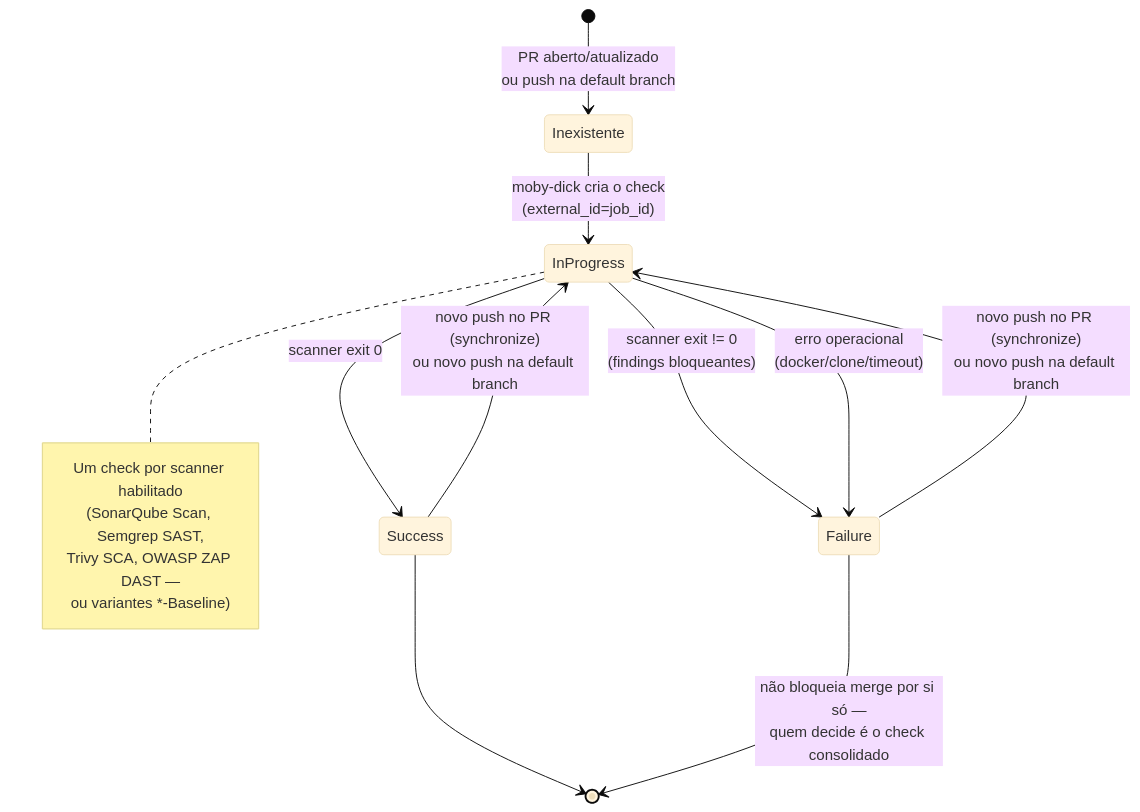
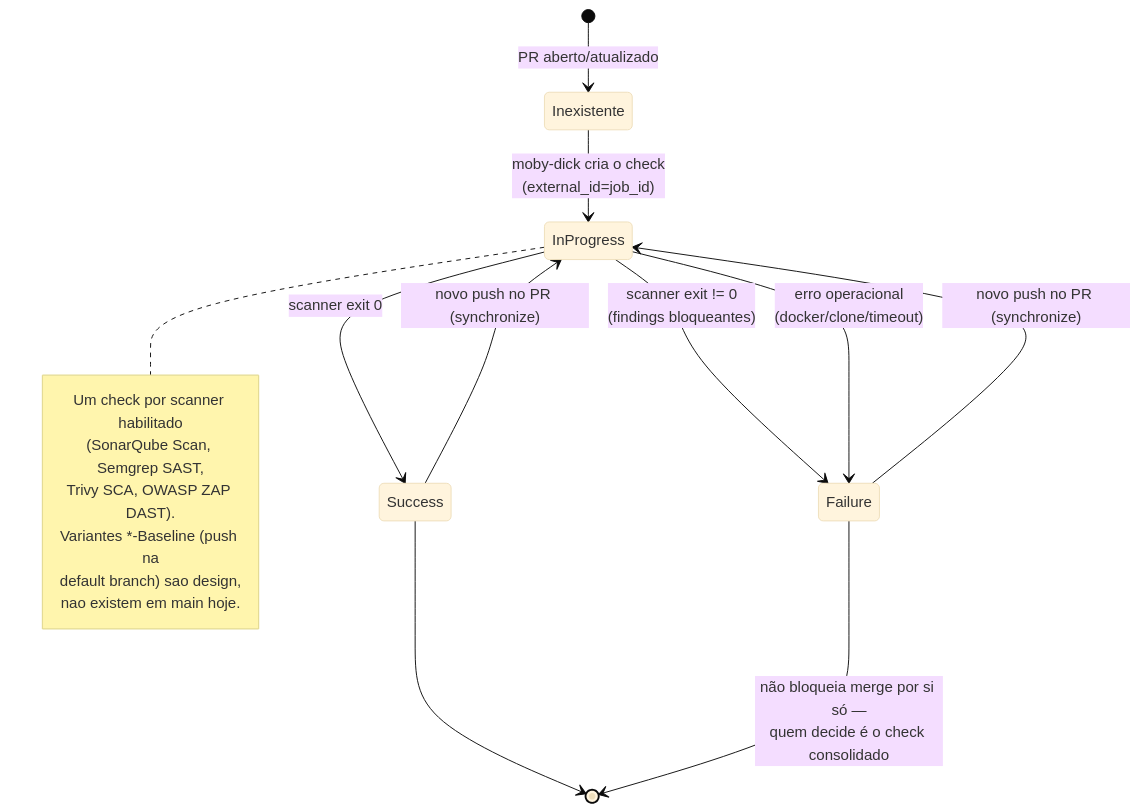
One commit to OdinEye-FIAP/aspm-docs changed the third of 5 diagrams in docs/integration/check-run.md. Above: the diagram before and after it, drawn with Mermaid (base theme). The commit also changed other lines of this file and 1 other file, not shown here.

Commit message:
docs: corrigir check-run.md e onboarding-repo.md — Security Baseline nao esta em main

````diff
--- a/docs/integration/check-run.md
+++ b/docs/integration/check-run.md
@@ -196,22 +199,24 @@
 ```mermaid
 stateDiagram-v2
-    [*] --> Inexistente: PR aberto/atualizado<br/>ou push na default branch
+    [*] --> Inexistente: PR aberto/atualizado
 
     Inexistente --> InProgress: moby-dick cria o check<br/>(external_id=job_id)
     note right of InProgress
         Um check por scanner habilitado
         (SonarQube Scan, Semgrep SAST,
-        Trivy SCA, OWASP ZAP DAST —
-        ou variantes *-Baseline)
+        Trivy SCA, OWASP ZAP DAST).
+        Variantes *-Baseline (push na
+        default branch) sao design,
+        nao existem em main hoje.
     end note
 
     InProgress --> Success: scanner exit 0
     InProgress --> Failure: scanner exit != 0<br/>(findings bloqueantes)
     InProgress --> Failure: erro operacional<br/>(docker/clone/timeout)
 
-    Success --> InProgress: novo push no PR (synchronize)<br/>ou novo push na default branch
-    Failure --> InProgress: novo push no PR (synchronize)<br/>ou novo push na default branch
+    Success --> InProgress: novo push no PR (synchronize)
+    Failure --> InProgress: novo push no PR (synchronize)
 
     Success --> [*]
     Failure --> [*]: não bloqueia merge por si só —<br/>quem decide é o check consolidado
 ```
````
